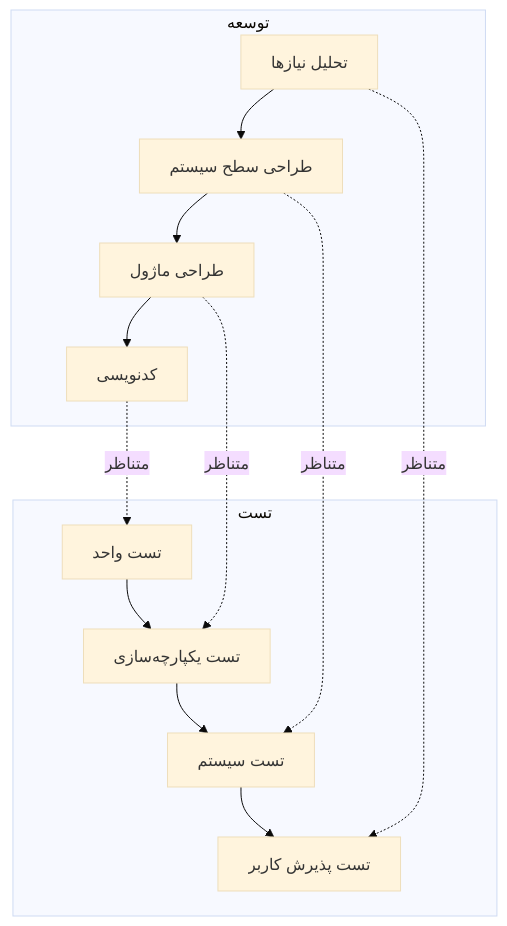
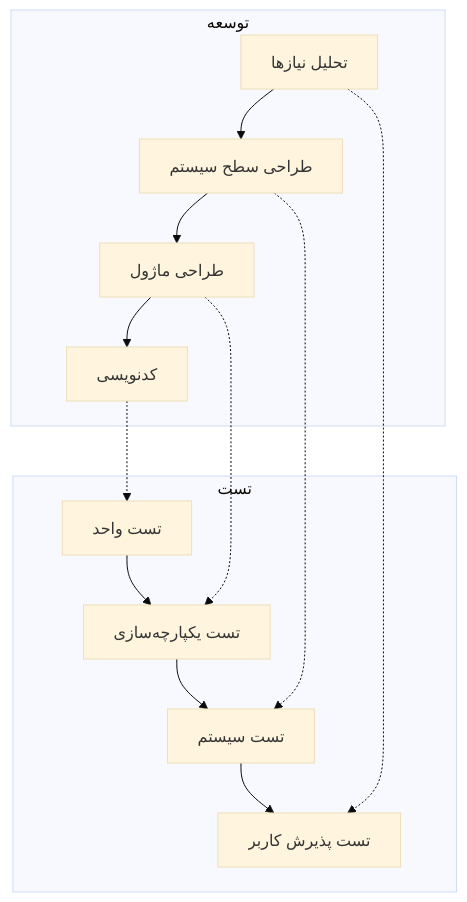
The third of 4 diagrams in sessions/0-intro/03-methodologies.md (manp/software-engineering-course), drawn with Mermaid (base theme) before and after one commit. The commit also changed other lines of this file and 3 other files, not shown here.

Commit message:
رفع خطای رندر Mermaid: جایگزینی quadrantChart با SVG چهارگانه بدهی فنی + ایمن‌سازی نمودارهای دیگر

````diff
--- a/sessions/0-intro/03-methodologies.md
+++ b/sessions/0-intro/03-methodologies.md
@@ -68,17 +68,17 @@
 ```mermaid
 flowchart TD
     subgraph توسعه
         A1[تحلیل نیازها] --> B1[طراحی سطح سیستم]
         B1 --> C1[طراحی ماژول]
         C1 --> D1[کدنویسی]
     end
     subgraph تست
         D2[تست واحد] --> C2[تست یکپارچه‌سازی]
         C2 --> B2[تست سیستم]
         B2 --> A2[تست پذیرش کاربر]
     end
-    A1 -.متناظر.-> A2
-    B1 -.متناظر.-> B2
-    C1 -.متناظر.-> C2
-    D1 -.متناظر.-> D2
+    A1 -.-> A2
+    B1 -.-> B2
+    C1 -.-> C2
+    D1 -.-> D2
 ```
````
